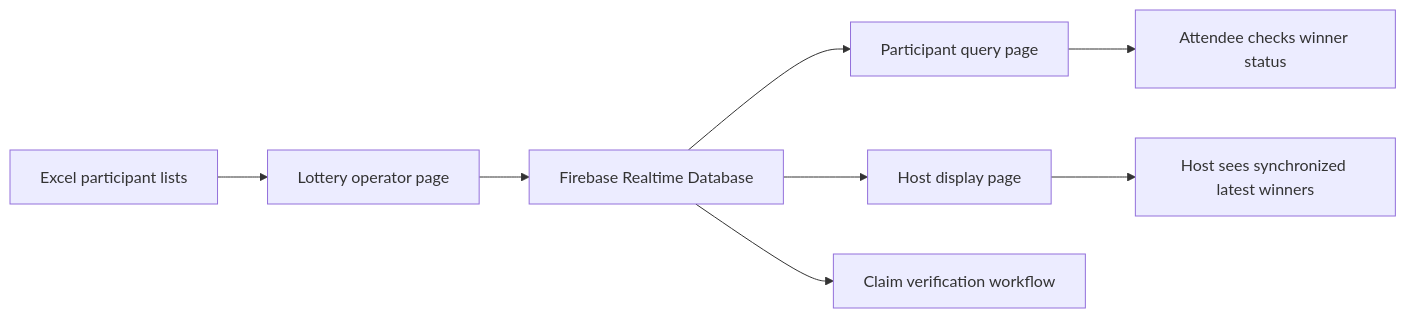
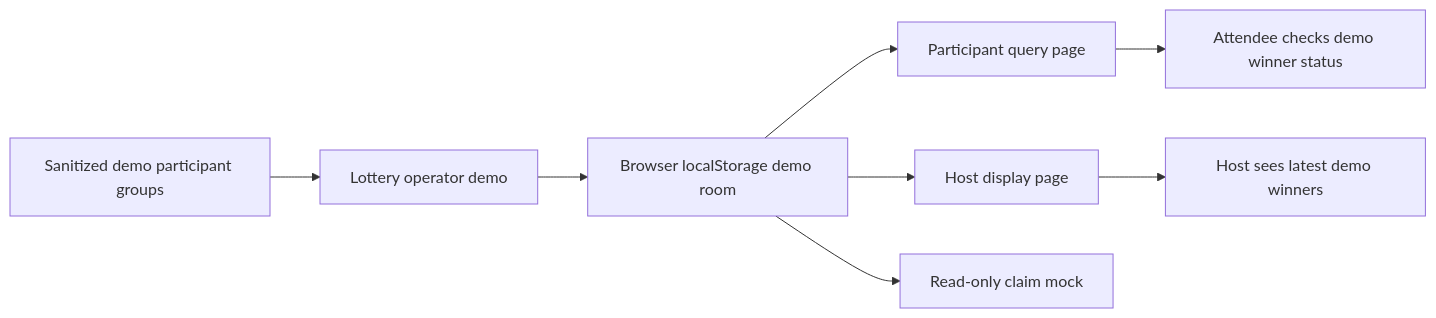
One commit to dennis23100/portfolio-case-studies changed the diagram in case-studies/live-event-lottery-system.md. Above: the diagram before and after it, drawn with Mermaid. The commit also changed other lines of this file, not shown here.

Commit message:
Clarify sanitized lottery demo and AI workflow

````diff
--- a/case-studies/live-event-lottery-system.md
+++ b/case-studies/live-event-lottery-system.md
@@ -50,10 +53,10 @@
 ```mermaid
 flowchart LR
-  A[Excel participant lists] --> B[Lottery operator page]
-  B --> C[Firebase Realtime Database]
+  A[Sanitized demo participant groups] --> B[Lottery operator demo]
+  B --> C[Browser localStorage demo room]
   C --> D[Participant query page]
   C --> E[Host display page]
-  C --> F[Claim verification workflow]
-  D --> G[Attendee checks winner status]
-  E --> H[Host sees synchronized latest winners]
+  C --> F[Read-only claim mock]
+  D --> G[Attendee checks demo winner status]
+  E --> H[Host sees latest demo winners]
 ```
````
